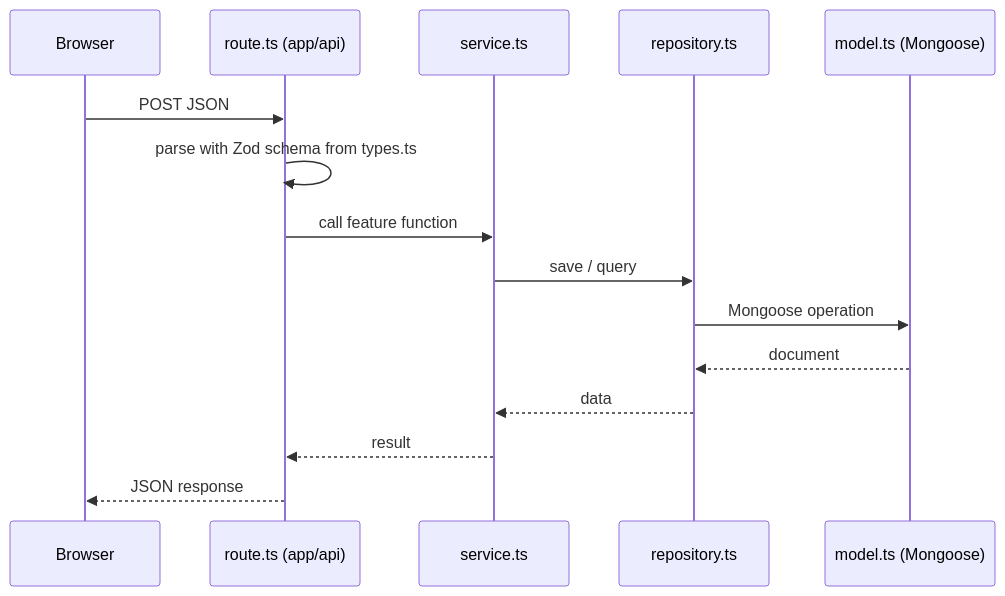
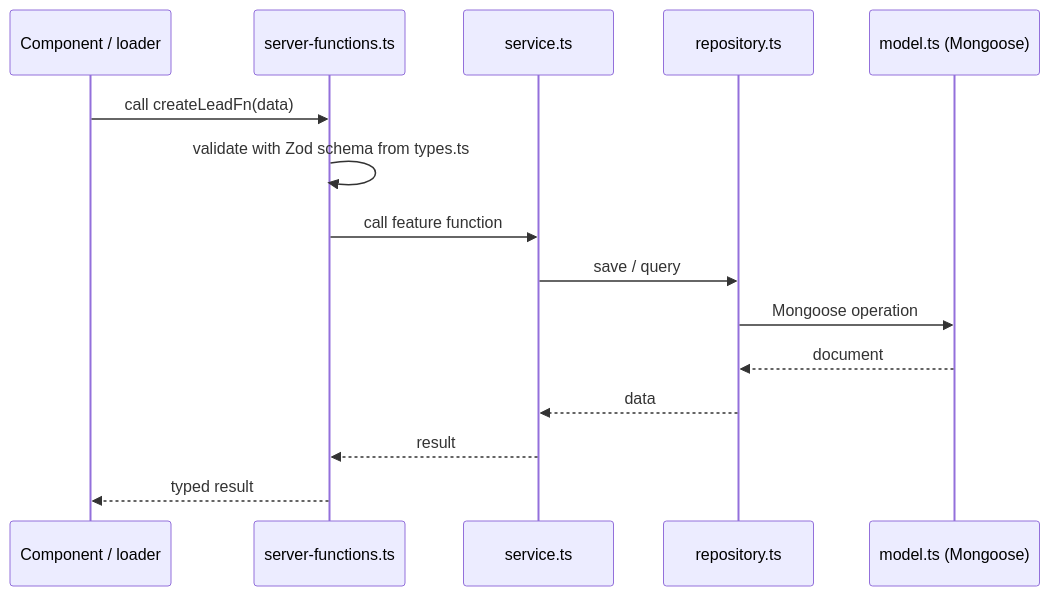
The second of 2 diagrams in docs/03-architecture.md (AhmedElnagarUU/Demmoss), drawn with Mermaid before and after one commit. The commit also changed other lines of this file and 20 other files, not shown here.

````diff
--- a/docs/03-architecture.md
+++ b/docs/03-architecture.md
@@ -80,17 +85,17 @@
 ```mermaid
 sequenceDiagram
-  participant B as Browser
-  participant R as route.ts (app/api)
+  participant B as Component / loader
+  participant F as server-functions.ts
   participant S as service.ts
   participant Rep as repository.ts
   participant M as model.ts (Mongoose)
-  B->>R: POST JSON
-  R->>R: parse with Zod schema from types.ts
-  R->>S: call feature function
+  B->>F: call createLeadFn(data)
+  F->>F: validate with Zod schema from types.ts
+  F->>S: call feature function
   S->>Rep: save / query
   Rep->>M: Mongoose operation
   M-->>Rep: document
   Rep-->>S: data
-  S-->>R: result
-  R-->>B: JSON response
+  S-->>F: result
+  F-->>B: typed result
 ```
````
